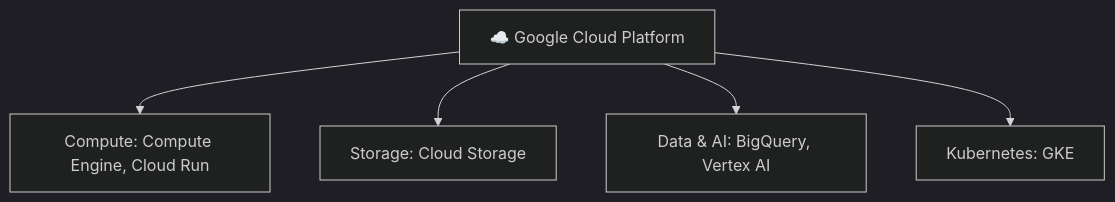
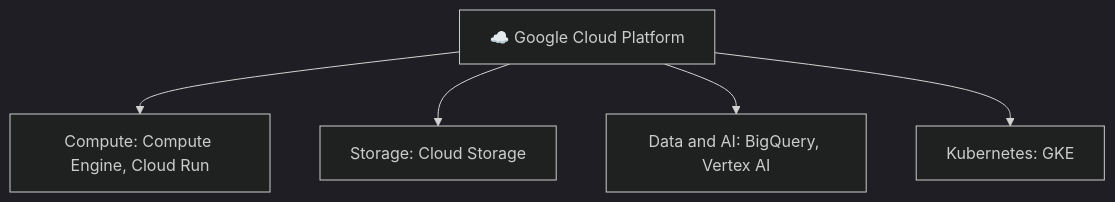
Before and after one commit to Prabakaran-MS/crashCourse: the first of 2 diagrams in Learning/Cloud-Computing/05-Cloud-Providers/gcp.md, drawn with Mermaid (dark theme). The commit also changed other lines of this file and 84 other files, not shown here.

````diff
--- a/Learning/Cloud-Computing/05-Cloud-Providers/gcp.md
+++ b/Learning/Cloud-Computing/05-Cloud-Providers/gcp.md
@@ -20,8 +20,8 @@
 ```mermaid
 flowchart TB
     GCP["☁️ Google Cloud Platform"]
     GCP --> Compute["Compute: Compute Engine, Cloud Run"]
     GCP --> Storage["Storage: Cloud Storage"]
-    GCP --> Data["Data & AI: BigQuery, Vertex AI"]
+    GCP --> Data["Data and AI: BigQuery, Vertex AI"]
     GCP --> K8s["Kubernetes: GKE"]
 ```
````
